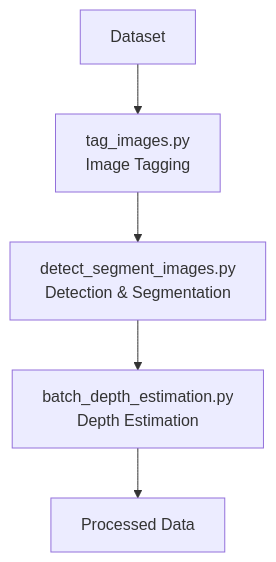
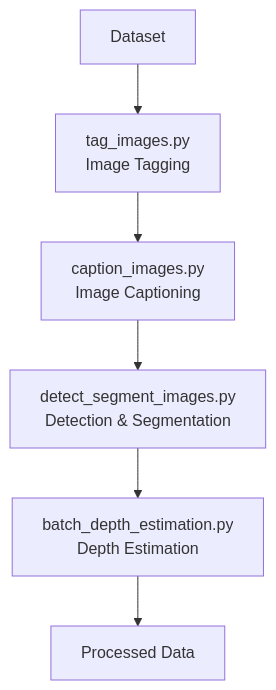
The diagram in README.md (VitaDynamics/cortexia_video), drawn with Mermaid before and after one commit. The commit also changed other lines of this file and 6 other files, not shown here.

Commit message:
Add image captioning feature

````diff
--- a/README.md
+++ b/README.md
@@ -15,7 +16,8 @@
 ```mermaid
 graph TD
     A[Dataset] --> B[tag_images.py<br/>Image Tagging]
-    B --> C[detect_segment_images.py<br/>Detection & Segmentation]
-    C --> D[batch_depth_estimation.py<br/>Depth Estimation]
-    D --> E[Processed Data]
+    B --> C[caption_images.py<br/>Image Captioning]
+    C --> D[detect_segment_images.py<br/>Detection & Segmentation]
+    D --> E[batch_depth_estimation.py<br/>Depth Estimation]
+    E --> F[Processed Data]
 ```
````
